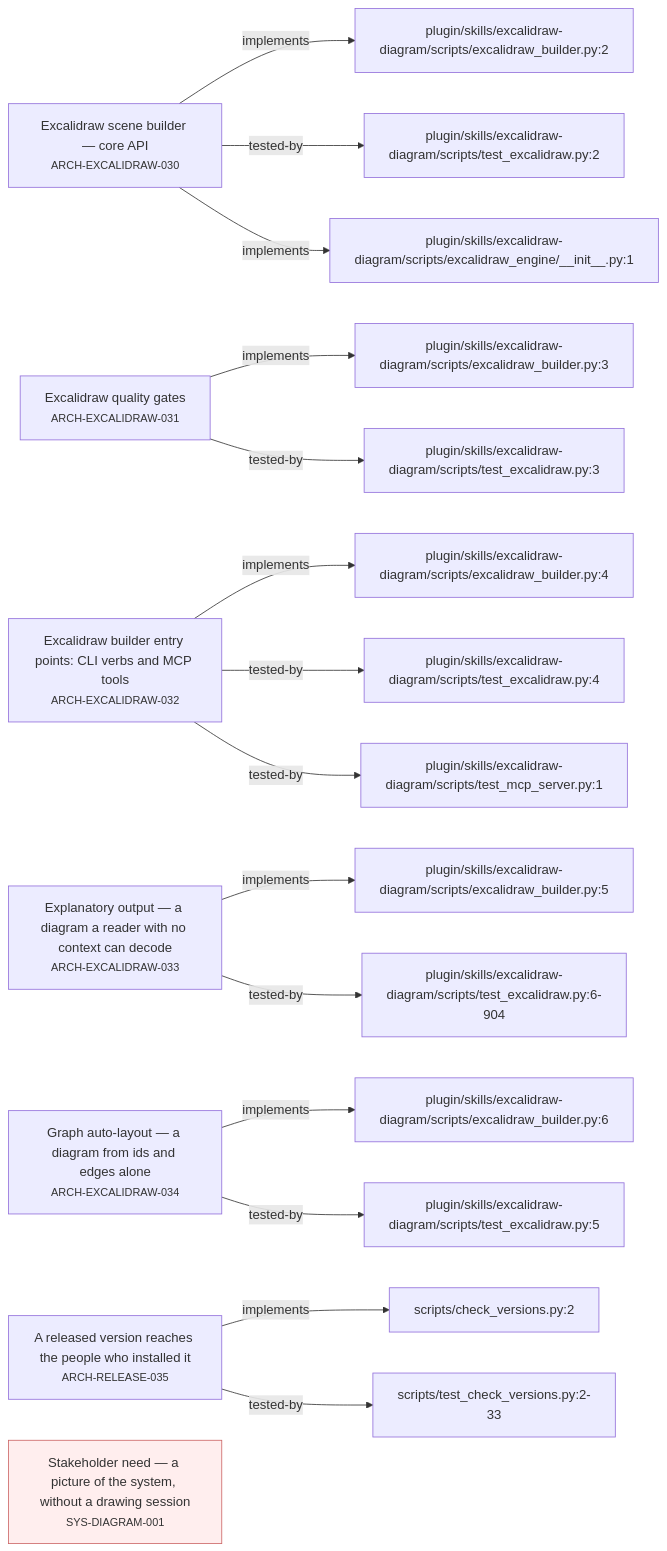
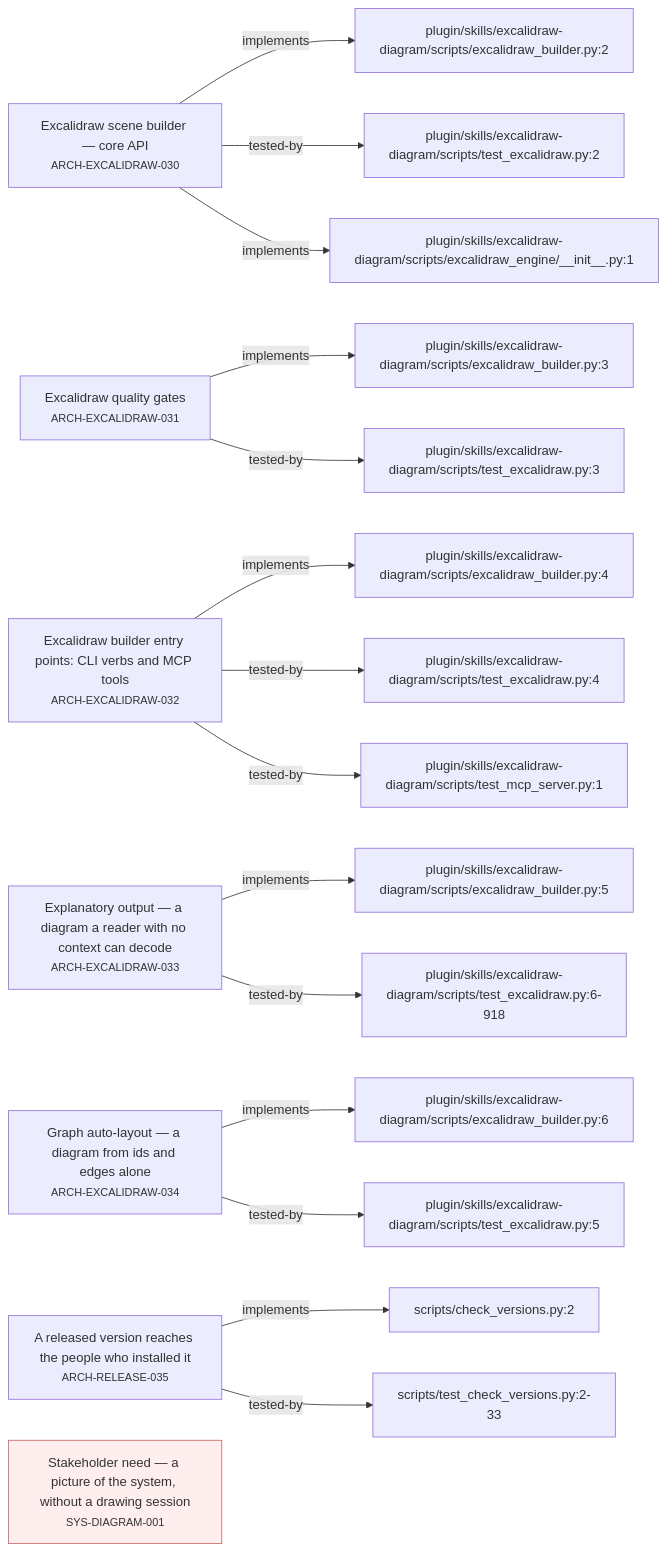
The second of 4 diagrams in requirements/_map.md (alxmax/excalidraw-diagram), drawn with Mermaid before and after one commit. The commit also changed other lines of this file and 13 other files, not shown here.

````diff
--- a/requirements/_map.md
+++ b/requirements/_map.md
@@ -55,39 +56,39 @@
 ```mermaid
 graph LR
   ARCH_EXCALIDRAW_030["Excalidraw scene builder — core API<br><small>ARCH-EXCALIDRAW-030</small>"]
   f_plugin_skills_excalidraw_diagram_scripts_excalidraw_builder_py_2["plugin/skills/excalidraw-diagram/scripts/excalidraw_builder.py:2"]
   ARCH_EXCALIDRAW_030 -->|implements| f_plugin_skills_excalidraw_diagram_scripts_excalidraw_builder_py_2
   f_plugin_skills_excalidraw_diagram_scripts_test_excalidraw_py_2["plugin/skills/excalidraw-diagram/scripts/test_excalidraw.py:2"]
   ARCH_EXCALIDRAW_030 -->|tested-by| f_plugin_skills_excalidraw_diagram_scripts_test_excalidraw_py_2
   f_plugin_skills_excalidraw_diagram_scripts_excalidraw_engine___init___py_1["plugin/skills/excalidraw-diagram/scripts/excalidraw_engine/__init__.py:1"]
   ARCH_EXCALIDRAW_030 -->|implements| f_plugin_skills_excalidraw_diagram_scripts_excalidraw_engine___init___py_1
   ARCH_EXCALIDRAW_031["Excalidraw quality gates<br><small>ARCH-EXCALIDRAW-031</small>"]
   f_plugin_skills_excalidraw_diagram_scripts_excalidraw_builder_py_3["plugin/skills/excalidraw-diagram/scripts/excalidraw_builder.py:3"]
   ARCH_EXCALIDRAW_031 -->|implements| f_plugin_skills_excalidraw_diagram_scripts_excalidraw_builder_py_3
   f_plugin_skills_excalidraw_diagram_scripts_test_excalidraw_py_3["plugin/skills/excalidraw-diagram/scripts/test_excalidraw.py:3"]
   ARCH_EXCALIDRAW_031 -->|tested-by| f_plugin_skills_excalidraw_diagram_scripts_test_excalidraw_py_3
   ARCH_EXCALIDRAW_032["Excalidraw builder entry points: CLI verbs and MCP tools<br><small>ARCH-EXCALIDRAW-032</small>"]
   f_plugin_skills_excalidraw_diagram_scripts_excalidraw_builder_py_4["plugin/skills/excalidraw-diagram/scripts/excalidraw_builder.py:4"]
   ARCH_EXCALIDRAW_032 -->|implements| f_plugin_skills_excalidraw_diagram_scripts_excalidraw_builder_py_4
   f_plugin_skills_excalidraw_diagram_scripts_test_excalidraw_py_4["plugin/skills/excalidraw-diagram/scripts/test_excalidraw.py:4"]
   ARCH_EXCALIDRAW_032 -->|tested-by| f_plugin_skills_excalidraw_diagram_scripts_test_excalidraw_py_4
   f_plugin_skills_excalidraw_diagram_scripts_test_mcp_server_py_1["plugin/skills/excalidraw-diagram/scripts/test_mcp_server.py:1"]
   ARCH_EXCALIDRAW_032 -->|tested-by| f_plugin_skills_excalidraw_diagram_scripts_test_mcp_server_py_1
   ARCH_EXCALIDRAW_033["Explanatory output — a diagram a reader with no context can decode<br><small>ARCH-EXCALIDRAW-033</small>"]
   f_plugin_skills_excalidraw_diagram_scripts_excalidraw_builder_py_5["plugin/skills/excalidraw-diagram/scripts/excalidraw_builder.py:5"]
   ARCH_EXCALIDRAW_033 -->|implements| f_plugin_skills_excalidraw_diagram_scripts_excalidraw_builder_py_5
-  f_plugin_skills_excalidraw_diagram_scripts_test_excalidraw_py_6_904["plugin/skills/excalidraw-diagram/scripts/test_excalidraw.py:6-904"]
-  ARCH_EXCALIDRAW_033 -->|tested-by| f_plugin_skills_excalidraw_diagram_scripts_test_excalidraw_py_6_904
+  f_plugin_skills_excalidraw_diagram_scripts_test_excalidraw_py_6_918["plugin/skills/excalidraw-diagram/scripts/test_excalidraw.py:6-918"]
+  ARCH_EXCALIDRAW_033 -->|tested-by| f_plugin_skills_excalidraw_diagram_scripts_test_excalidraw_py_6_918
   ARCH_EXCALIDRAW_034["Graph auto-layout — a diagram from ids and edges alone<br><small>ARCH-EXCALIDRAW-034</small>"]
   f_plugin_skills_excalidraw_diagram_scripts_excalidraw_builder_py_6["plugin/skills/excalidraw-diagram/scripts/excalidraw_builder.py:6"]
   ARCH_EXCALIDRAW_034 -->|implements| f_plugin_skills_excalidraw_diagram_scripts_excalidraw_builder_py_6
   f_plugin_skills_excalidraw_diagram_scripts_test_excalidraw_py_5["plugin/skills/excalidraw-diagram/scripts/test_excalidraw.py:5"]
   ARCH_EXCALIDRAW_034 -->|tested-by| f_plugin_skills_excalidraw_diagram_scripts_test_excalidraw_py_5
   ARCH_RELEASE_035["A released version reaches the people who installed it<br><small>ARCH-RELEASE-035</small>"]
   f_scripts_check_versions_py_2["scripts/check_versions.py:2"]
   ARCH_RELEASE_035 -->|implements| f_scripts_check_versions_py_2
   f_scripts_test_check_versions_py_2_33["scripts/test_check_versions.py:2-33"]
   ARCH_RELEASE_035 -->|tested-by| f_scripts_test_check_versions_py_2_33
   SYS_DIAGRAM_001["Stakeholder need — a picture of the system, without a drawing session<br><small>SYS-DIAGRAM-001</small>"]
   style SYS_DIAGRAM_001 fill:#fee,stroke:#c66
 ```
````
